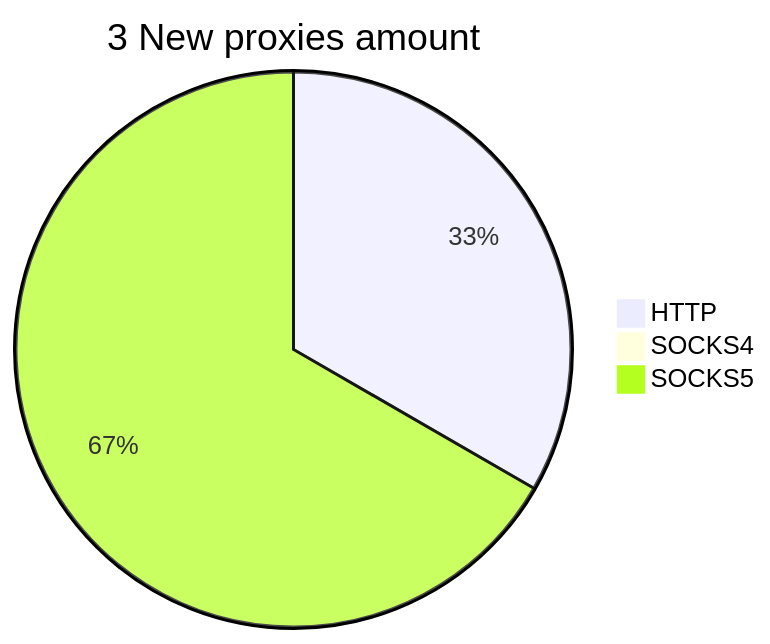
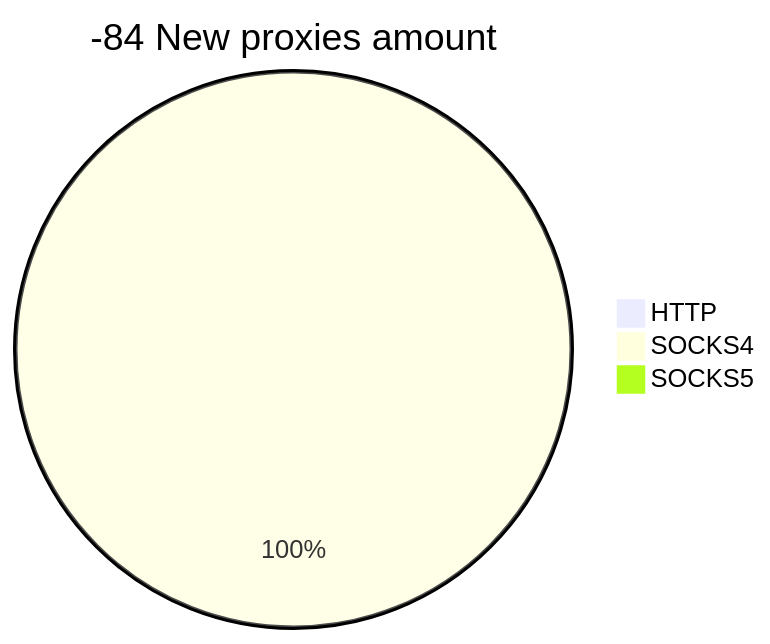
The second of 2 diagrams in README.md (cutipu/proxylist), drawn with Mermaid before and after one commit. The commit also changed other lines of this file, not shown here.

````diff
--- a/README.md
+++ b/README.md
@@ -10,6 +10,6 @@
 ```mermaid
-pie title 3 New proxies amount
-    "HTTP" : 1
-    "SOCKS4" : 0
-    "SOCKS5" : 2
+pie title -84 New proxies amount
+    "HTTP" : 0
+    "SOCKS4" : 48
+    "SOCKS5" : 0
 ```
````
